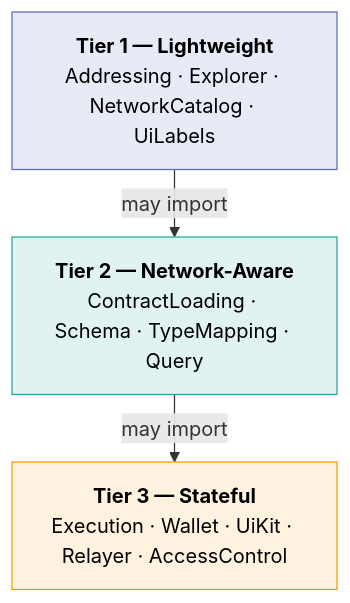
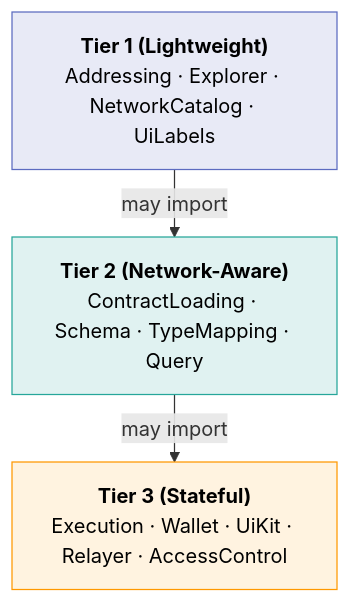
Before and after one commit to OpenZeppelin/docs: the second of 5 diagrams in content/tools/uikit/architecture.mdx, drawn with Mermaid. The commit also changed other lines of this file and 16 other files, not shown here.

````diff
--- a/content/tools/uikit/architecture.mdx
+++ b/content/tools/uikit/architecture.mdx
@@ -57,13 +57,13 @@
 ```mermaid
 %%{init: {'flowchart': {'nodeSpacing': 30, 'rankSpacing': 30}} }%%
 flowchart TD
-  T1["<b>Tier 1 — Lightweight</b><br/>Addressing · Explorer · NetworkCatalog · UiLabels"]
-  T2["<b>Tier 2 — Network-Aware</b><br/>ContractLoading · Schema · TypeMapping · Query"]
-  T3["<b>Tier 3 — Stateful</b><br/>Execution · Wallet · UiKit · Relayer · AccessControl"]
+  T1["<b>Tier 1 (Lightweight)</b><br/>Addressing · Explorer · NetworkCatalog · UiLabels"]
+  T2["<b>Tier 2 (Network-Aware)</b><br/>ContractLoading · Schema · TypeMapping · Query"]
+  T3["<b>Tier 3 (Stateful)</b><br/>Execution · Wallet · UiKit · Relayer · AccessControl"]
 
   T1 --"may import"--> T2 --"may import"--> T3
 
   style T1 fill:#e8eaf6,stroke:#5c6bc0,color:#000
   style T2 fill:#e0f2f1,stroke:#26a69a,color:#000
   style T3 fill:#fff3e0,stroke:#ff9800,color:#000
 ```
````
